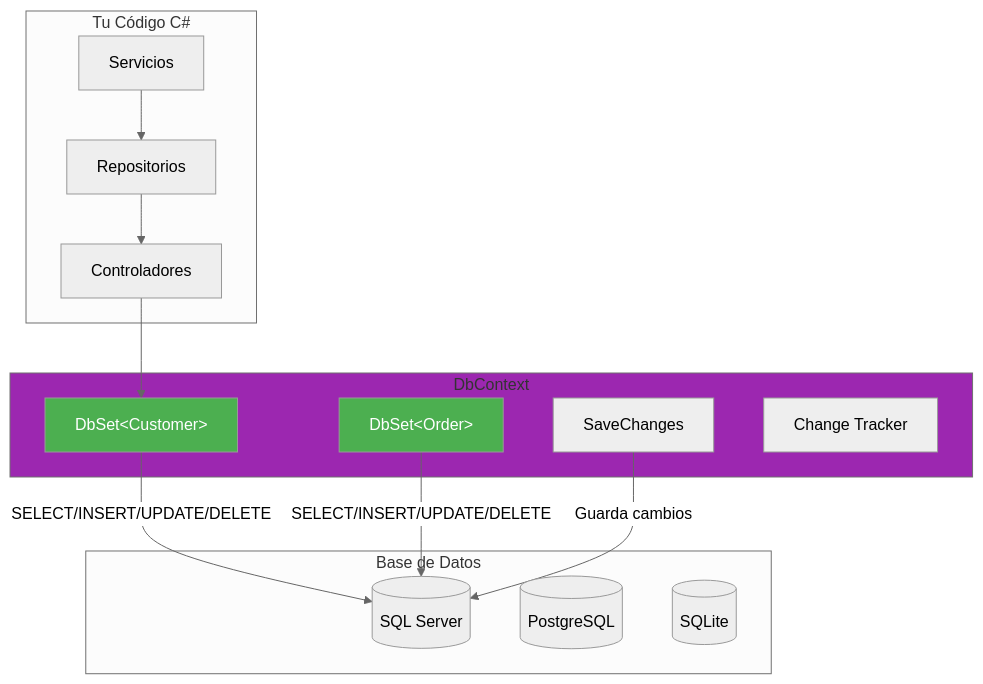
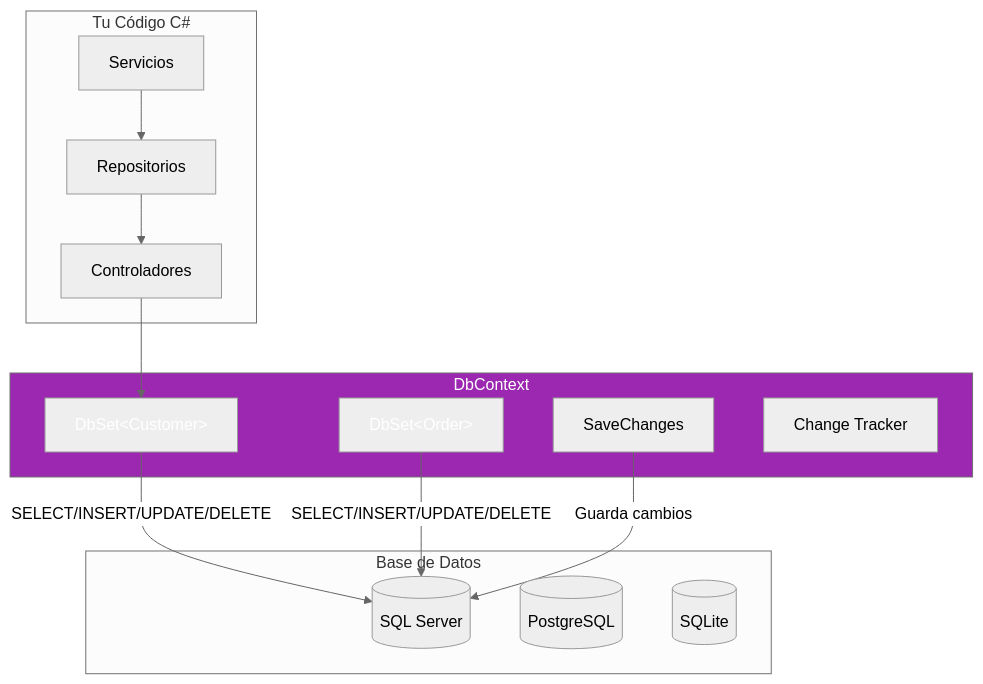
The fourth of 4 diagrams in csharp_inicial/08-BBDD.md (joseluisgs/DesarrolloWebEntornosServidor-01-2026-2027), drawn with Mermaid (neutral theme) before and after one commit. The commit also changed other lines of this file and 66 other files, not shown here.

First line of the commit message:
fix: normalizar titulos al castellano de frase y corregir la paleta de mermaid

````diff
--- a/csharp_inicial/08-BBDD.md
+++ b/csharp_inicial/08-BBDD.md
@@ -411,30 +411,30 @@
 ```mermaid
 flowchart TD
     subgraph Tu["Tu Código C#"]
         A1[Servicios]
         A2[Repositorios]
         A3[Controladores]
     end
     
     subgraph EF["DbContext"]
         B1[DbSet&lt;Customer&gt;]
         B2[DbSet&lt;Order&gt;]
         B3[SaveChanges]
         B4[Change Tracker]
     end
     
     subgraph BD["Base de Datos"]
         C1[(SQL Server)]
         C2[(PostgreSQL)]
         C3[(SQLite)]
     end
     
     A1 --> A2 --> A3 --> B1
     B1 -->|SELECT/INSERT/UPDATE/DELETE| C1
     B2 -->|SELECT/INSERT/UPDATE/DELETE| C1
     B3 -->|Guarda cambios| C1
     
-    style EF fill:#9C27B0
-    style B1 fill:#4CAF50,color:#fff
-    style B2 fill:#4CAF50,color:#fff
+    style EF fill:#9C27B0,color:#fff
+    style B1 fill:#4CAF5,color:#fff0,color:#fff
+    style B2 fill:#4CAF5,color:#fff0,color:#fff
 ```
````
